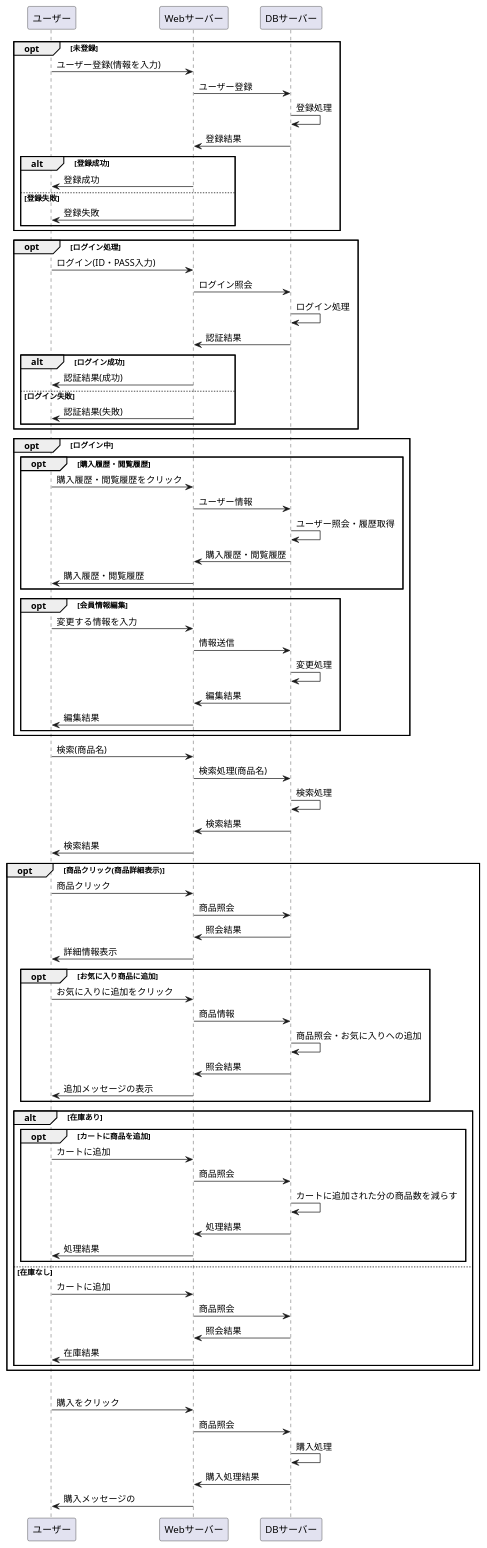
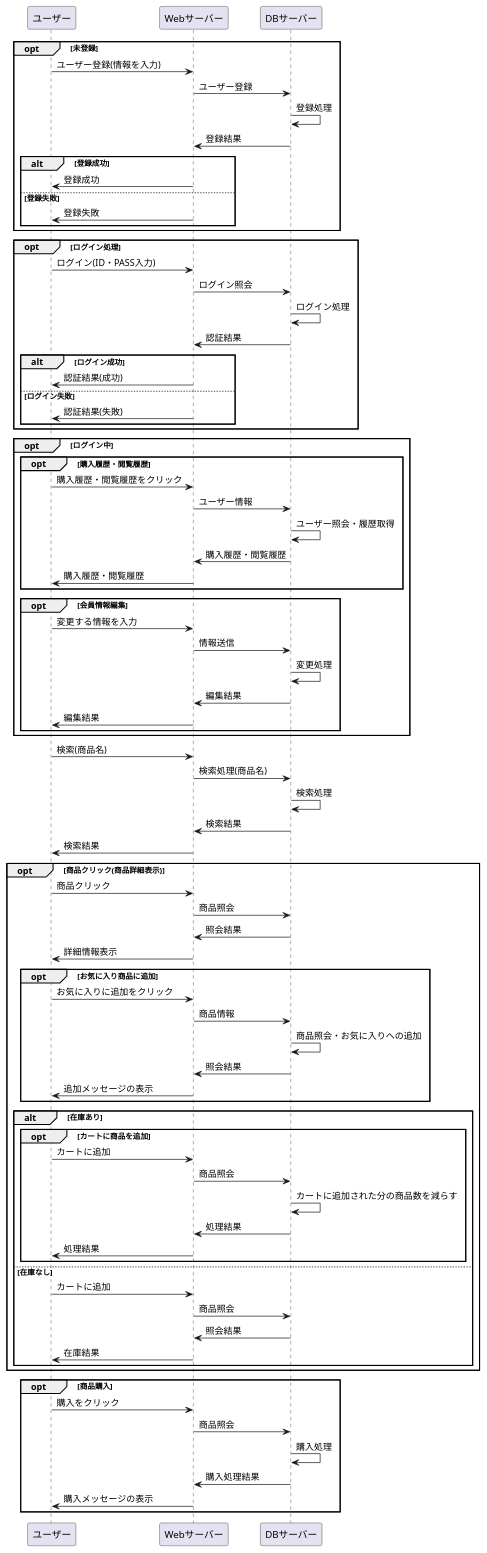
One commit to Aso2001163/2021sys-design-2 changed the diagram in システム開発/業務フロー/業務フロー.md. Above: the diagram before and after it, drawn with PlantUML.

````diff
--- a/システム開発/業務フロー/業務フロー.md
+++ b/システム開発/業務フロー/業務フロー.md
@@ -88,6 +88,7 @@
 Webサーバー -> DBサーバー : 商品照会
 DBサーバー -> DBサーバー : 購入処理
 DBサーバー -> Webサーバー : 購入処理結果
-Webサーバー -> ユーザー : 購入メッセージの
+Webサーバー -> ユーザー : 購入メッセージの表示
+end
 @enduml
 ```
````
